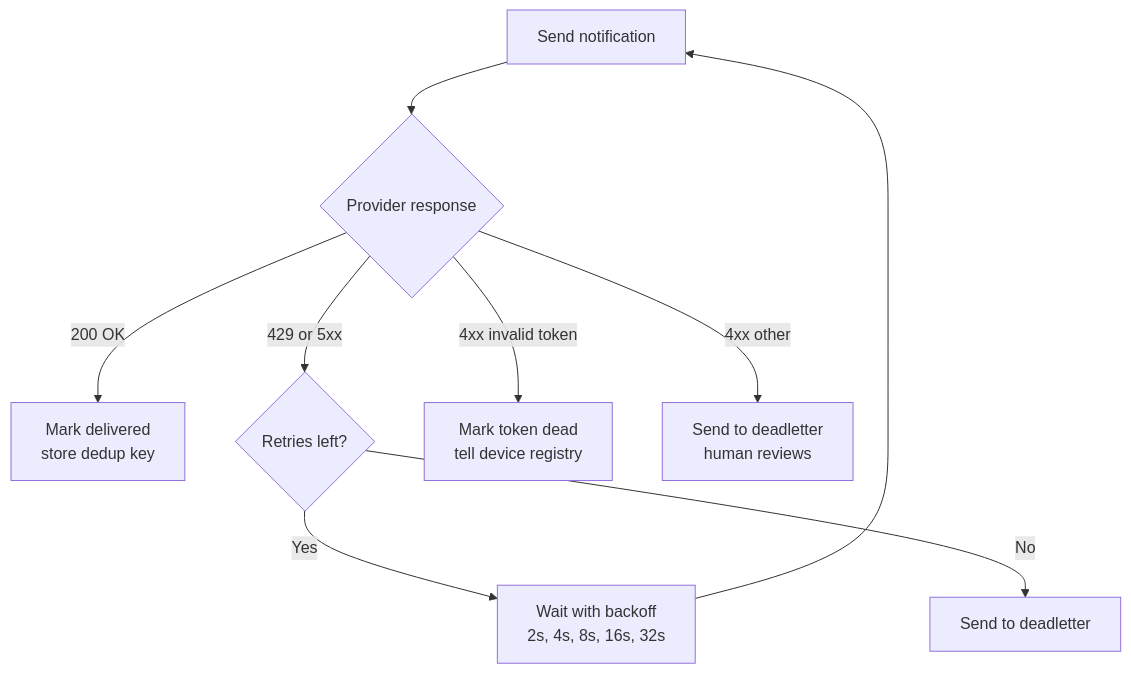
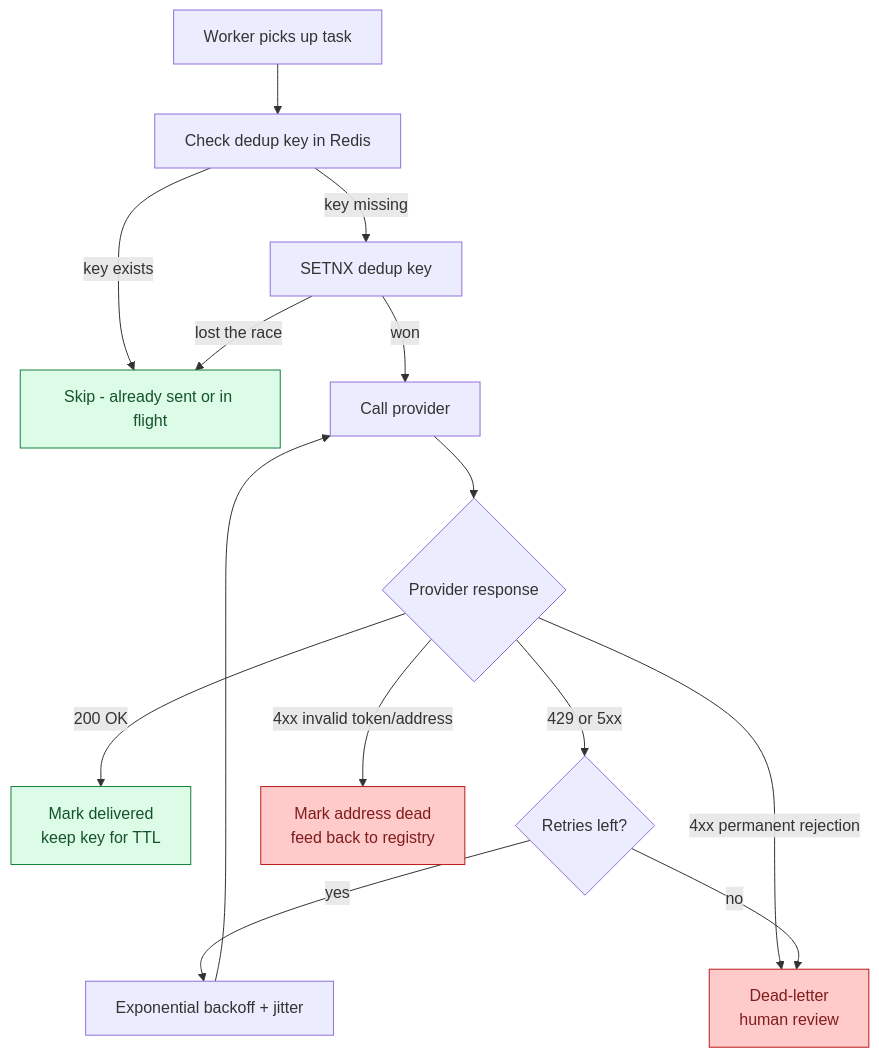
Before and after one commit to shiningflash/system-design: the tenth of 10 diagrams in problems/010-notification-system/question.md, drawn with Mermaid. The commit also changed other lines of this file and 38 other files, not shown here.

````diff
--- a/problems/010-notification-system/question.md
+++ b/problems/010-notification-system/question.md
@@ -371,11 +468,19 @@
 ```mermaid
 flowchart TD
-    A[Send notification] --> B{Provider response}
-    B -->|200 OK| C[Mark delivered<br/>store dedup key]
-    B -->|429 or 5xx| D{Retries left?}
-    B -->|4xx invalid token| E[Mark token dead<br/>tell device registry]
-    B -->|4xx other| F[Send to deadletter<br/>human reviews]
-    D -->|Yes| G[Wait with backoff<br/>2s, 4s, 8s, 16s, 32s]
-    G --> A
-    D -->|No| H[Send to deadletter]
+    A[Worker picks up task] --> B[Check dedup key in Redis]
+    B -->|key exists| C[Skip - already sent or in flight]:::ok
+    B -->|key missing| D[SETNX dedup key]
+    D -->|won| E[Call provider]
+    D -->|lost the race| C
+    E --> F{Provider response}
+    F -->|200 OK| G[Mark delivered<br/>keep key for TTL]:::ok
+    F -->|429 or 5xx| H{Retries left?}
+    F -->|4xx invalid token/address| I[Mark address dead<br/>feed back to registry]:::bad
+    F -->|4xx permanent rejection| J[Dead-letter<br/>human review]:::bad
+    H -->|yes| K[Exponential backoff + jitter]
+    K --> E
+    H -->|no| J
+
+    classDef ok fill:#dcfce7,stroke:#15803d,color:#14532d
+    classDef bad fill:#fecaca,stroke:#b91c1c,color:#7f1d1d
 ```
````
